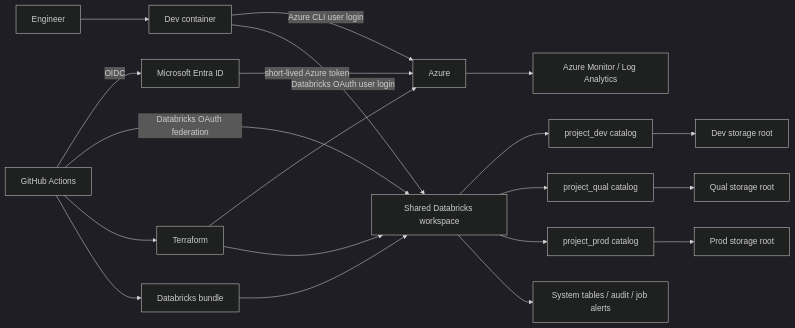
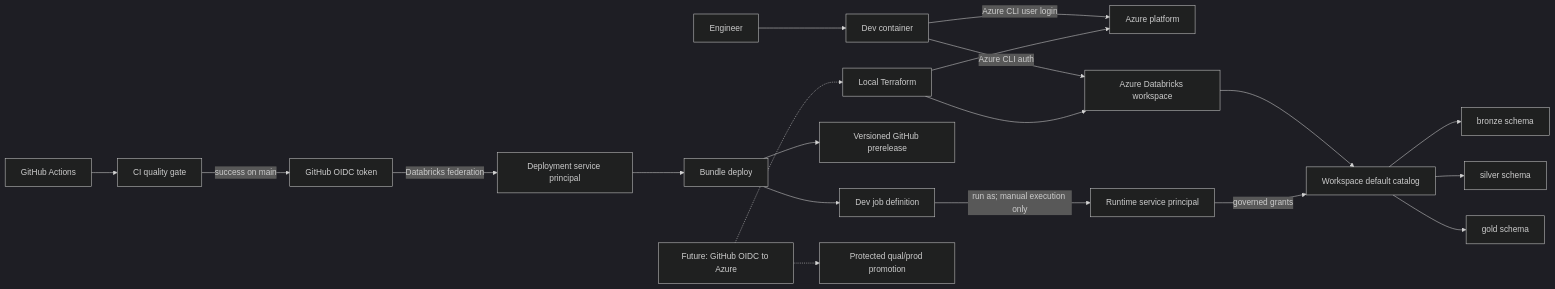
Before and after one commit to binaya-sharma/az-deployment-w-terraform: the diagram in Readme.md, drawn with Mermaid (dark theme). The commit also changed other lines of this file and 2 other files, not shown here.

Commit message:
feat: publish releases after dev deployment

````diff
--- a/Readme.md
+++ b/Readme.md
@@ -37,26 +37,25 @@
 ```mermaid
 flowchart LR
     DEV[Engineer] --> DC[Dev container]
-    DC -->|Azure CLI user login| AZ[Azure]
-    DC -->|Databricks OAuth user login| DBX[Shared Databricks workspace]
+    DC -->|Azure CLI user login| AZ[Azure platform]
+    DC -->|Azure CLI auth| DBX[Azure Databricks workspace]
 
-    GH[GitHub Actions] -->|OIDC| ENTRA[Microsoft Entra ID]
-    ENTRA -->|short-lived Azure token| AZ
-    GH -->|Databricks OAuth federation| DBX
+    GH[GitHub Actions] --> CI[CI quality gate]
+    CI -->|success on main| OIDC[GitHub OIDC token]
+    OIDC -->|Databricks federation| DSP[Deployment service principal]
+    DSP --> DAB[Bundle deploy]
+    DAB --> JOB[Dev job definition]
+    DAB --> REL[Versioned GitHub prerelease]
 
-    GH --> TF[Terraform]
-    TF --> AZ
+    TF[Local Terraform] --> AZ
     TF --> DBX
-    GH --> DAB[Databricks bundle]
-    DAB --> DBX
+    DBX --> CAT[Workspace default catalog]
+    CAT --> BRONZE[bronze schema]
+    CAT --> SILVER[silver schema]
+    CAT --> GOLD[gold schema]
+    RSP[Runtime service principal] -->|governed grants| CAT
+    JOB -->|run as; manual execution only| RSP
 
-    DBX --> CDEV[project_dev catalog]
-    DBX --> CQUAL[project_qual catalog]
-    DBX --> CPROD[project_prod catalog]
-    CDEV --> SDEV[Dev storage root]
-    CQUAL --> SQUAL[Qual storage root]
-    CPROD --> SPROD[Prod storage root]
-
-    AZ --> MON[Azure Monitor / Log Analytics]
-    DBX --> AUDIT[System tables / audit / job alerts]
+    FUTURE[Future: GitHub OIDC to Azure] -.-> TF
+    FUTURE -.-> QP[Protected qual/prod promotion]
 ```
````
